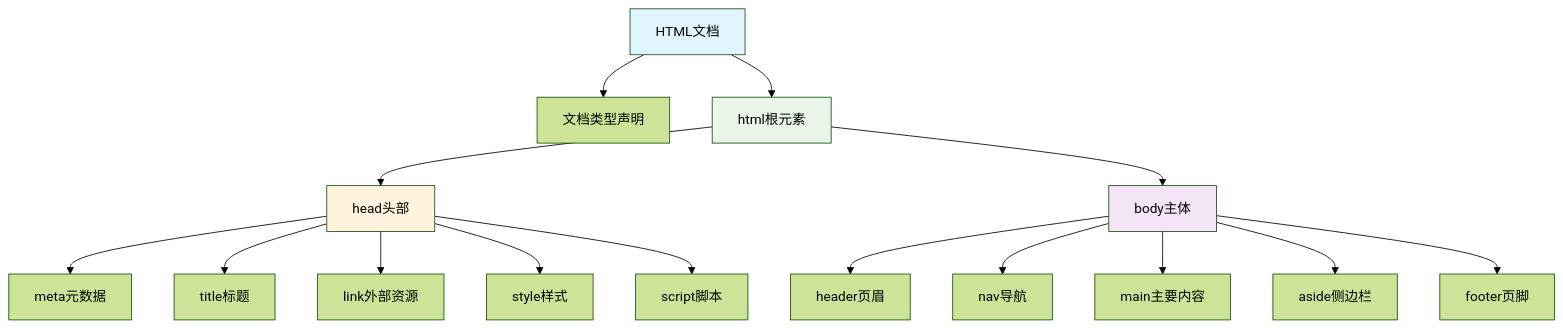
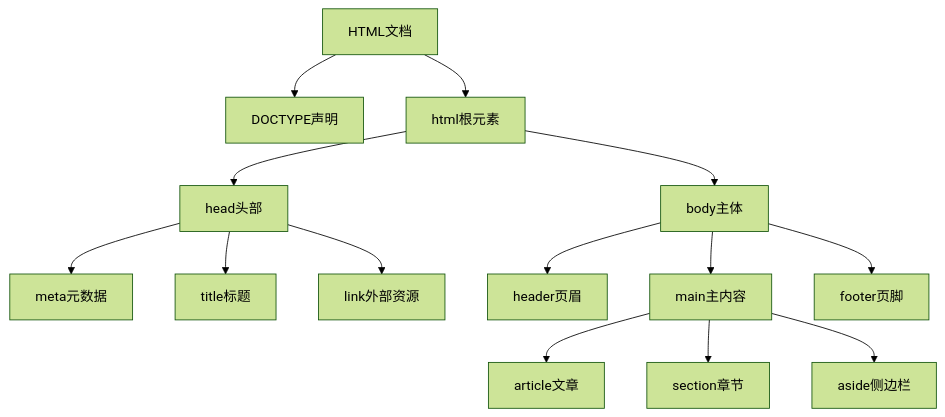
The second of 2 diagrams in 13.html.md (ralph-wren/TechStack-Handbook), drawn with Mermaid (forest theme) before and after one commit. The commit also changed other lines of this file and 3 other files, not shown here.

````diff
--- a/13.html.md
+++ b/13.html.md
@@ -79,24 +141,20 @@
 ```mermaid
-graph TD
-    A["HTML文档"] --> B["文档类型声明"]
+graph TB
+    A["HTML文档"] --> B["DOCTYPE声明"]
     A --> C["html根元素"]
+    
     C --> D["head头部"]
     C --> E["body主体"]
     
     D --> D1["meta元数据"]
     D --> D2["title标题"]
     D --> D3["link外部资源"]
-    D --> D4["style样式"]
-    D --> D5["script脚本"]
     
     E --> E1["header页眉"]
-    E --> E2["nav导航"]
-    E --> E3["main主要内容"]
-    E --> E4["aside侧边栏"]
-    E --> E5["footer页脚"]
+    E --> E2["main主内容"]
+    E --> E3["footer页脚"]
     
-    style A fill:#e1f5fe
-    style C fill:#e8f5e8
-    style D fill:#fff3e0
-    style E fill:#f3e5f5
+    E2 --> E21["article文章"]
+    E2 --> E22["section章节"]
+    E2 --> E23["aside侧边栏"]
 ```
````
